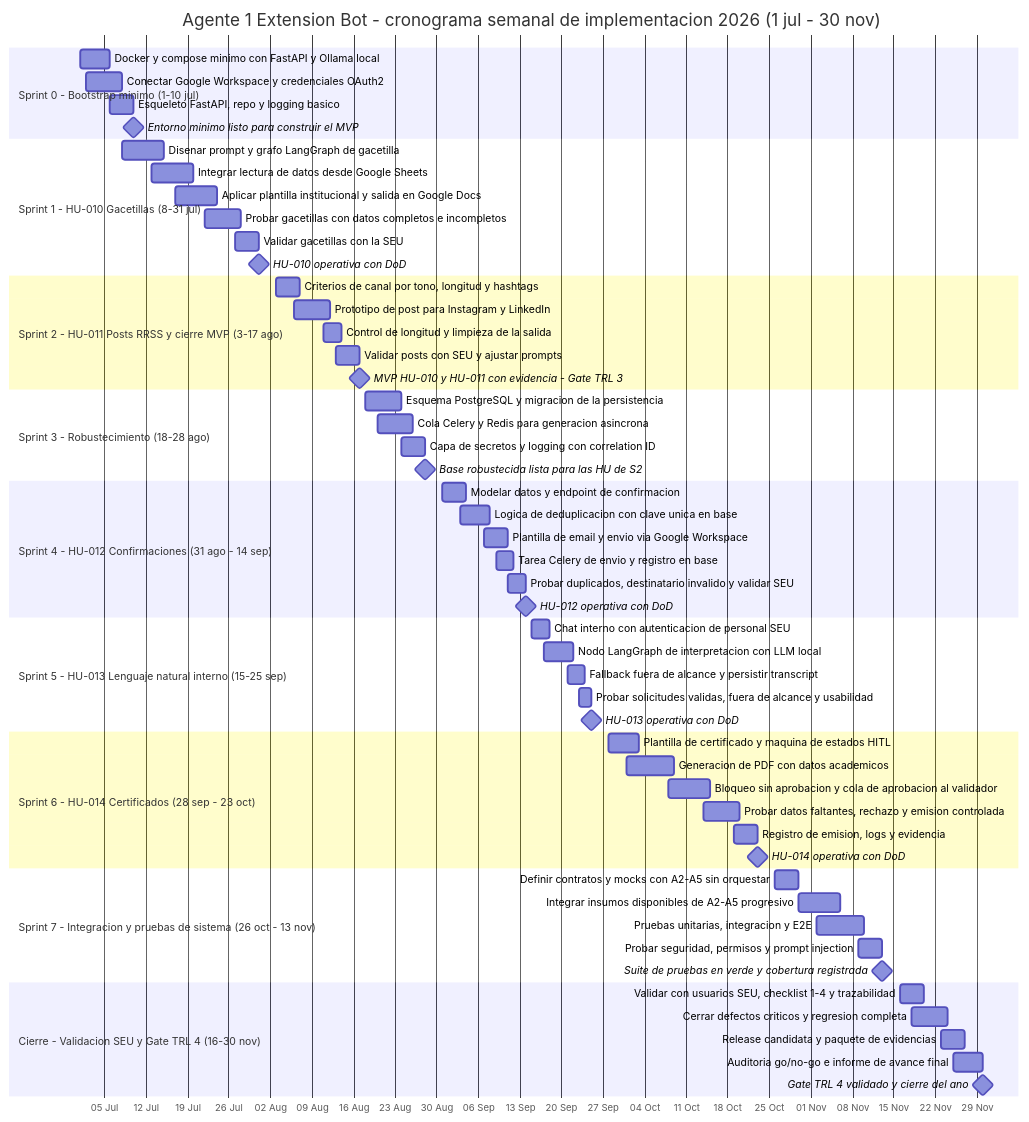
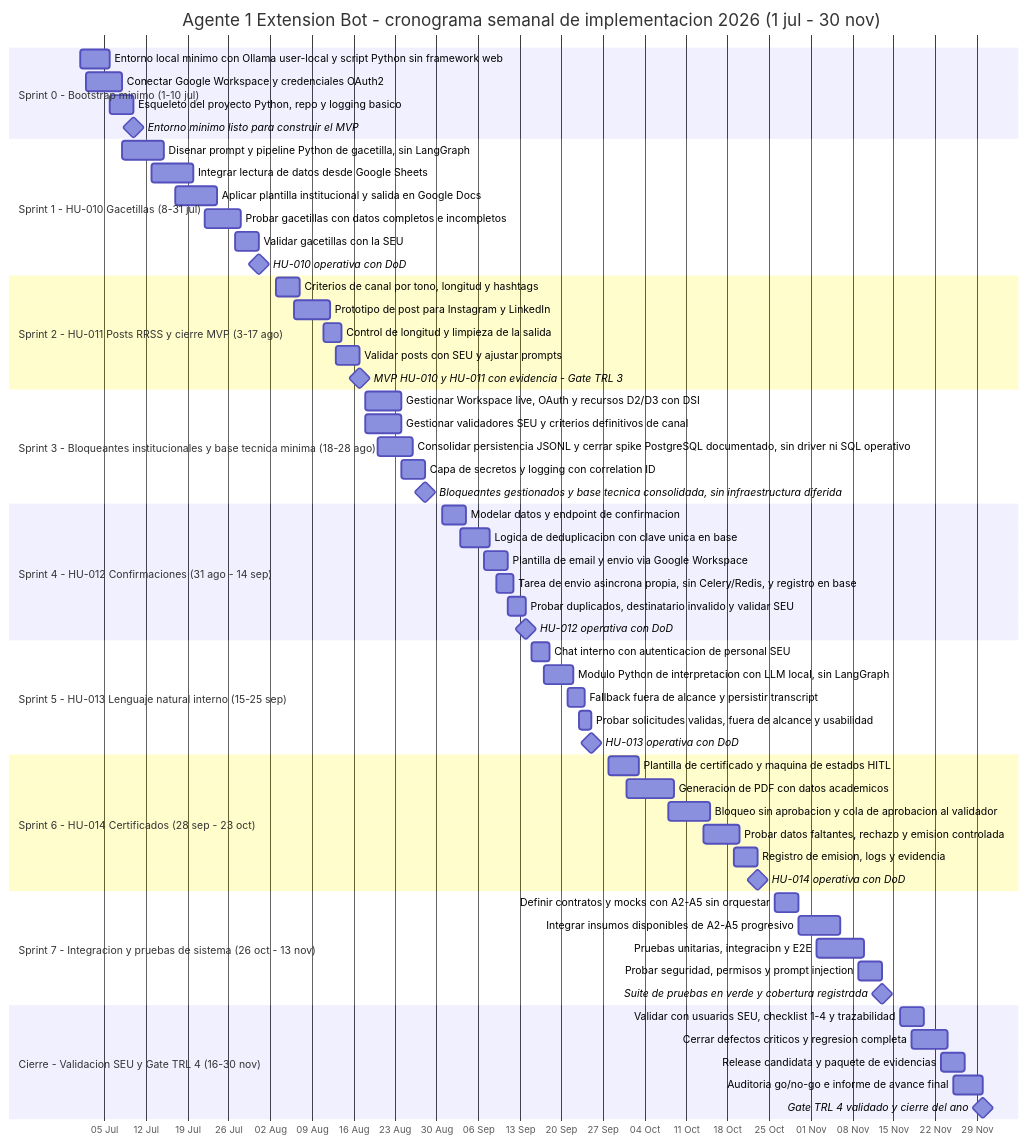
Before and after one commit to SpendIce/Proyecto-Final: the diagram in Documentos/Gantt/diagrama-gantt-implementacion-semanal.mmd, drawn with Mermaid. The commit also changed 87 other files, not shown here.

```diff
--- a/Documentos/Gantt/diagrama-gantt-implementacion-semanal.mmd
+++ b/Documentos/Gantt/diagrama-gantt-implementacion-semanal.mmd
@@ -1,70 +1,71 @@
 gantt
     title Agente 1 Extension Bot - cronograma semanal de implementacion 2026 (1 jul - 30 nov)
     dateFormat  YYYY-MM-DD
     axisFormat  %d %b
     tickInterval 1week
     todayMarker stroke-width:2px,stroke:#0f766e,opacity:0.6
 
     section Sprint 0 - Bootstrap minimo (1-10 jul)
-    Docker y compose minimo con FastAPI y Ollama local      :s0a, 2026-07-01, 2026-07-06
+    Entorno local minimo con Ollama user-local y script Python sin framework web :s0a, 2026-07-01, 2026-07-06
     Conectar Google Workspace y credenciales OAuth2          :s0b, 2026-07-02, 2026-07-08
-    Esqueleto FastAPI, repo y logging basico                 :s0c, 2026-07-06, 2026-07-10
+    Esqueleto del proyecto Python, repo y logging basico      :s0c, 2026-07-06, 2026-07-10
     Entorno minimo listo para construir el MVP               :milestone, m0, 2026-07-10, 0d
 
     section Sprint 1 - HU-010 Gacetillas (8-31 jul)
-    Disenar prompt y grafo LangGraph de gacetilla            :s1a, 2026-07-08, 2026-07-15
+    Disenar prompt y pipeline Python de gacetilla, sin LangGraph :s1a, 2026-07-08, 2026-07-15
     Integrar lectura de datos desde Google Sheets            :s1b, 2026-07-13, 2026-07-20
     Aplicar plantilla institucional y salida en Google Docs  :s1c, 2026-07-17, 2026-07-24
     Probar gacetillas con datos completos e incompletos      :s1d, 2026-07-22, 2026-07-28
     Validar gacetillas con la SEU                            :s1e, 2026-07-27, 2026-07-31
     HU-010 operativa con DoD                                 :milestone, m1, 2026-07-31, 0d
 
     section Sprint 2 - HU-011 Posts RRSS y cierre MVP (3-17 ago)
     Criterios de canal por tono, longitud y hashtags         :s2a, 2026-08-03, 2026-08-07
     Prototipo de post para Instagram y LinkedIn              :s2b, 2026-08-06, 2026-08-12
     Control de longitud y limpieza de la salida              :s2c, 2026-08-11, 2026-08-14
     Validar posts con SEU y ajustar prompts                 :s2d, 2026-08-13, 2026-08-17
     MVP HU-010 y HU-011 con evidencia - Gate TRL 3          :milestone, m2, 2026-08-17, 0d
 
-    section Sprint 3 - Robustecimiento (18-28 ago)
-    Esquema PostgreSQL y migracion de la persistencia        :s3a, 2026-08-18, 2026-08-24
-    Cola Celery y Redis para generacion asincrona           :s3b, 2026-08-20, 2026-08-26
-    Capa de secretos y logging con correlation ID           :s3c, 2026-08-24, 2026-08-28
-    Base robustecida lista para las HU de S2                 :milestone, m3, 2026-08-28, 0d
+    section Sprint 3 - Bloqueantes institucionales y base tecnica minima (18-28 ago)
+    Gestionar Workspace live, OAuth y recursos D2/D3 con DSI :s3a, 2026-08-18, 2026-08-24
+    Gestionar validadores SEU y criterios definitivos de canal :s3b, 2026-08-18, 2026-08-24
+    Consolidar persistencia JSONL y cerrar spike PostgreSQL documentado, sin driver ni SQL operativo :s3c, 2026-08-20, 2026-08-26
+    Capa de secretos y logging con correlation ID           :s3d, 2026-08-24, 2026-08-28
+    Bloqueantes gestionados y base tecnica consolidada, sin infraestructura diferida :milestone, m3, 2026-08-28, 0d
 
     section Sprint 4 - HU-012 Confirmaciones (31 ago - 14 sep)
     Modelar datos y endpoint de confirmacion                 :s4a, 2026-08-31, 2026-09-04
     Logica de deduplicacion con clave unica en base          :s4b, 2026-09-03, 2026-09-08
     Plantilla de email y envio via Google Workspace          :s4c, 2026-09-07, 2026-09-11
-    Tarea Celery de envio y registro en base                 :s4d, 2026-09-09, 2026-09-12
+    Tarea de envio asincrona propia, sin Celery/Redis, y registro en base :s4d, 2026-09-09, 2026-09-12
     Probar duplicados, destinatario invalido y validar SEU   :s4e, 2026-09-11, 2026-09-14
     HU-012 operativa con DoD                                 :milestone, m4, 2026-09-14, 0d
 
     section Sprint 5 - HU-013 Lenguaje natural interno (15-25 sep)
     Chat interno con autenticacion de personal SEU           :s5a, 2026-09-15, 2026-09-18
-    Nodo LangGraph de interpretacion con LLM local           :s5b, 2026-09-17, 2026-09-22
+    Modulo Python de interpretacion con LLM local, sin LangGraph :s5b, 2026-09-17, 2026-09-22
     Fallback fuera de alcance y persistir transcript         :s5c, 2026-09-21, 2026-09-24
     Probar solicitudes validas, fuera de alcance y usabilidad :s5d, 2026-09-23, 2026-09-25
     HU-013 operativa con DoD                                 :milestone, m5, 2026-09-25, 0d
 
     section Sprint 6 - HU-014 Certificados (28 sep - 23 oct)
     Plantilla de certificado y maquina de estados HITL       :s6a, 2026-09-28, 2026-10-03
     Generacion de PDF con datos academicos                   :s6b, 2026-10-01, 2026-10-09
     Bloqueo sin aprobacion y cola de aprobacion al validador :s6c, 2026-10-08, 2026-10-15
     Probar datos faltantes, rechazo y emision controlada     :s6d, 2026-10-14, 2026-10-20
     Registro de emision, logs y evidencia                    :s6e, 2026-10-19, 2026-10-23
     HU-014 operativa con DoD                                 :milestone, m6, 2026-10-23, 0d
 
     section Sprint 7 - Integracion y pruebas de sistema (26 oct - 13 nov)
     Definir contratos y mocks con A2-A5 sin orquestar        :s7a, 2026-10-26, 2026-10-30
     Integrar insumos disponibles de A2-A5 progresivo         :s7b, 2026-10-30, 2026-11-06
     Pruebas unitarias, integracion y E2E                     :s7c, 2026-11-02, 2026-11-10
     Probar seguridad, permisos y prompt injection            :s7d, 2026-11-09, 2026-11-13
     Suite de pruebas en verde y cobertura registrada         :milestone, m7, 2026-11-13, 0d
 
     section Cierre - Validacion SEU y Gate TRL 4 (16-30 nov)
     Validar con usuarios SEU, checklist 1-4 y trazabilidad   :c1, 2026-11-16, 2026-11-20
     Cerrar defectos criticos y regresion completa            :c2, 2026-11-18, 2026-11-24
     Release candidata y paquete de evidencias                :c3, 2026-11-23, 2026-11-27
     Auditoria go/no-go e informe de avance final             :c4, 2026-11-25, 2026-11-30
     Gate TRL 4 validado y cierre del ano                     :milestone, m8, 2026-11-30, 0d
```
